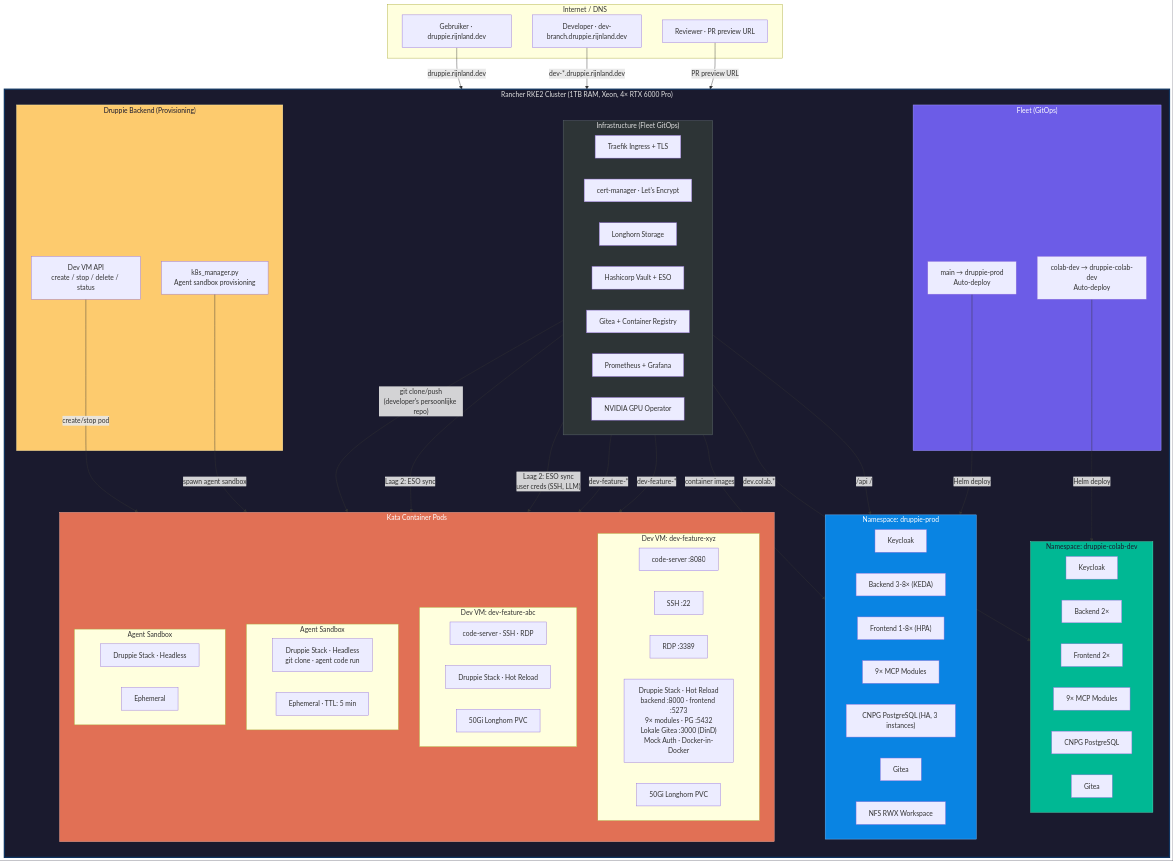
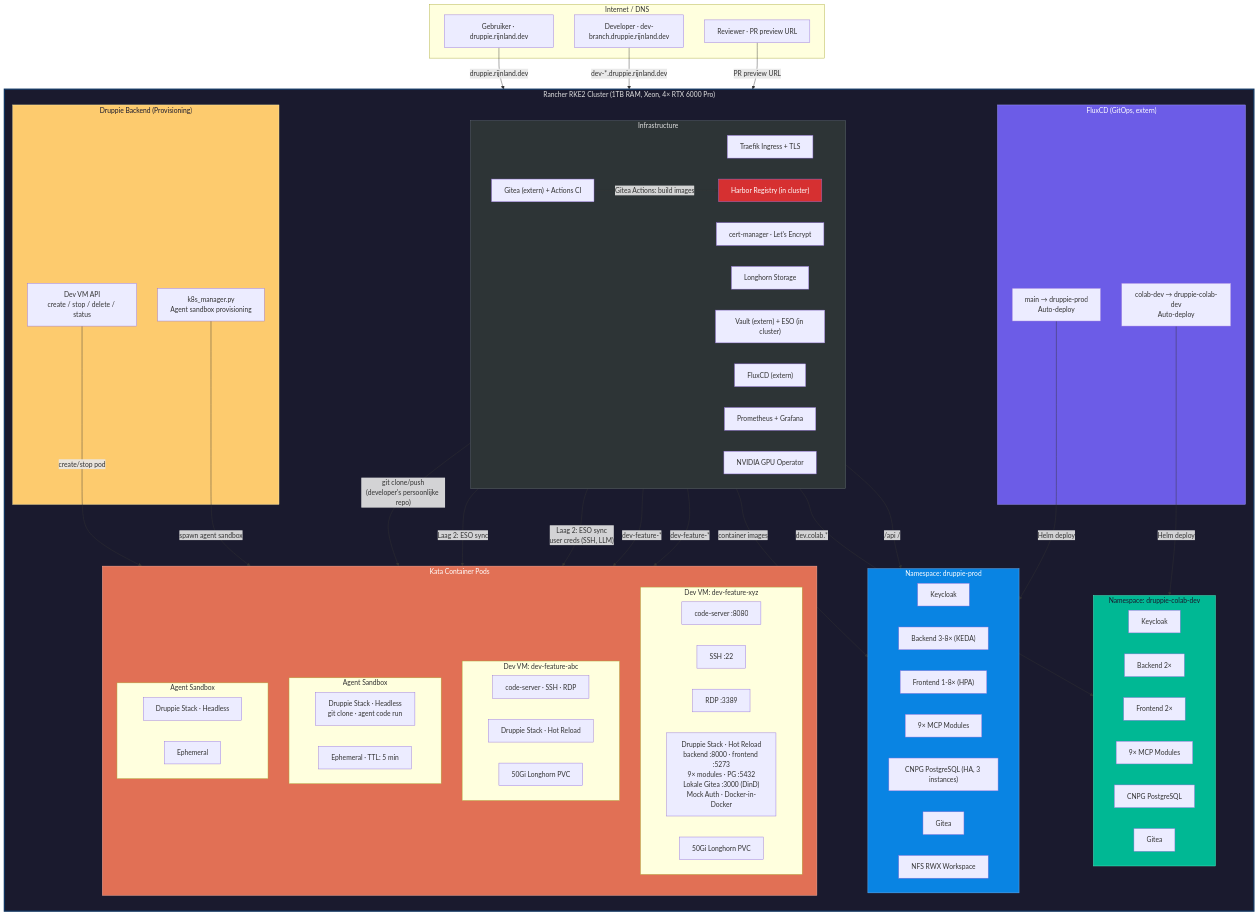
The first of 9 diagrams in docs/dev-environment-architecture.md (nuno-git/druppie-fork), drawn with Mermaid before and after one commit. The commit also changed other lines of this file and 1 other file, not shown here.

Commit message:
docs: FluxCD i.p.v. Fleet, Harbor i.p.v. Gitea Registry, externe services
- FluxCD (extern, door infra) vervangt Fleet als GitOps tool
- Harbor (in cluster) vervangt Gitea Container Registry (niet enabled)
- Gitea, Vault, FluxCD draaien buiten het cluster (infra beheert)
- Cluster = pure compute, state buiten
- CI/CD flow: Gitea Actions → Harbor → FluxCD sync
- Faseringsplan bijgewerkt: Harbor in fase 1

````diff
--- a/docs/dev-environment-architecture.md
+++ b/docs/dev-environment-architecture.md
@@ -20,19 +20,21 @@
     subgraph Rancher["Rancher RKE2 Cluster (1TB RAM, Xeon, 4× RTX 6000 Pro)"]
         direction TB
 
-        %% ── Infrastructure Layer (already present via Fleet) ──
-        subgraph Infra["Infrastructure (Fleet GitOps)"]
+    %% ── Infrastructure Layer ──
+    subgraph Infra["Infrastructure"]
             direction LR
             TRAEFIK["Traefik Ingress + TLS"]
             CM["cert-manager · Let's Encrypt"]
             LONGHORN["Longhorn Storage"]
-            VAULT["Hashicorp Vault + ESO"]
-            GITEA["Gitea + Container Registry"]
+            VAULT["Vault (extern) + ESO (in cluster)"]
+            GITEA["Gitea (extern) + Actions CI"]
+            FLUXCD["FluxCD (extern)"]
+            HARBOR["Harbor Registry (in cluster)"]
             PROM["Prometheus + Grafana"]
             GPU_OP["NVIDIA GPU Operator"]
         end
 
-        %% ── Prod + Dev Namespaces (Fleet auto-deploy) ──
+        %% ── Prod + Dev Namespaces (FluxCD auto-deploy) ──
         subgraph ProdNS["Namespace: druppie-prod"]
             PROD_KC["Keycloak"]
             PROD_BE["Backend 3-8× (KEDA)"]
@@ -52,7 +54,7 @@
             DEV_GITEA["Gitea"]
         end
 
-        %% ── Kata Pods (managed by Druppie, not Fleet) ──
+        %% ── Kata Pods (managed by Druppie, not FluxCD) ──
         subgraph KataPods["Kata Container Pods"]
             direction TB
 
@@ -81,8 +83,8 @@
             end
         end
 
-        %% ── Fleet GitOps ──
-        subgraph FleetLayer["Fleet (GitOps)"]
+        %% ── FluxCD GitOps ──
+        subgraph FluxLayer["FluxCD (GitOps, extern)"]
             FL_MAIN["main → druppie-prod<br/>Auto-deploy"]
             FL_COLAB["colab-dev → druppie-colab-dev<br/>Auto-deploy"]
         end
@@ -111,7 +113,8 @@
     VAULT -->|"Laag 2: ESO sync"| DevVM2
 
     GITEA -->|"git clone/push<br/>(developer's persoonlijke repo)"| KataPods
-    GITEA -->|"container images"| ProdNS
+    GITEA -->|"Gitea Actions: build images"| HARBOR
+    HARBOR -->|"container images"| ProdNS
 
     FL_MAIN -->|"Helm deploy"| ProdNS
     FL_COLAB -->|"Helm deploy"| DevNS
@@ -122,6 +125,8 @@
     style ProdNS fill:#0984e3,color:#ffffff,stroke:#74b9ff
     style DevNS fill:#00b894,color:#1a1a2e,stroke:#55efc4
     style KataPods fill:#e17055,color:#ffffff,stroke:#fab1a0
-    style FleetLayer fill:#6c5ce7,color:#ffffff,stroke:#a29bfe
+    style FluxLayer fill:#6c5ce7,color:#ffffff,stroke:#a29bfe
+    style Infra fill:#2d3436,color:#e0e0e0,stroke:#636e72
+    style HARBOR fill:#d63031,color:#ffffff
     style DruppieController fill:#fdcb6e,color:#1a1a2e,stroke:#ffeaa7
 ```
````
